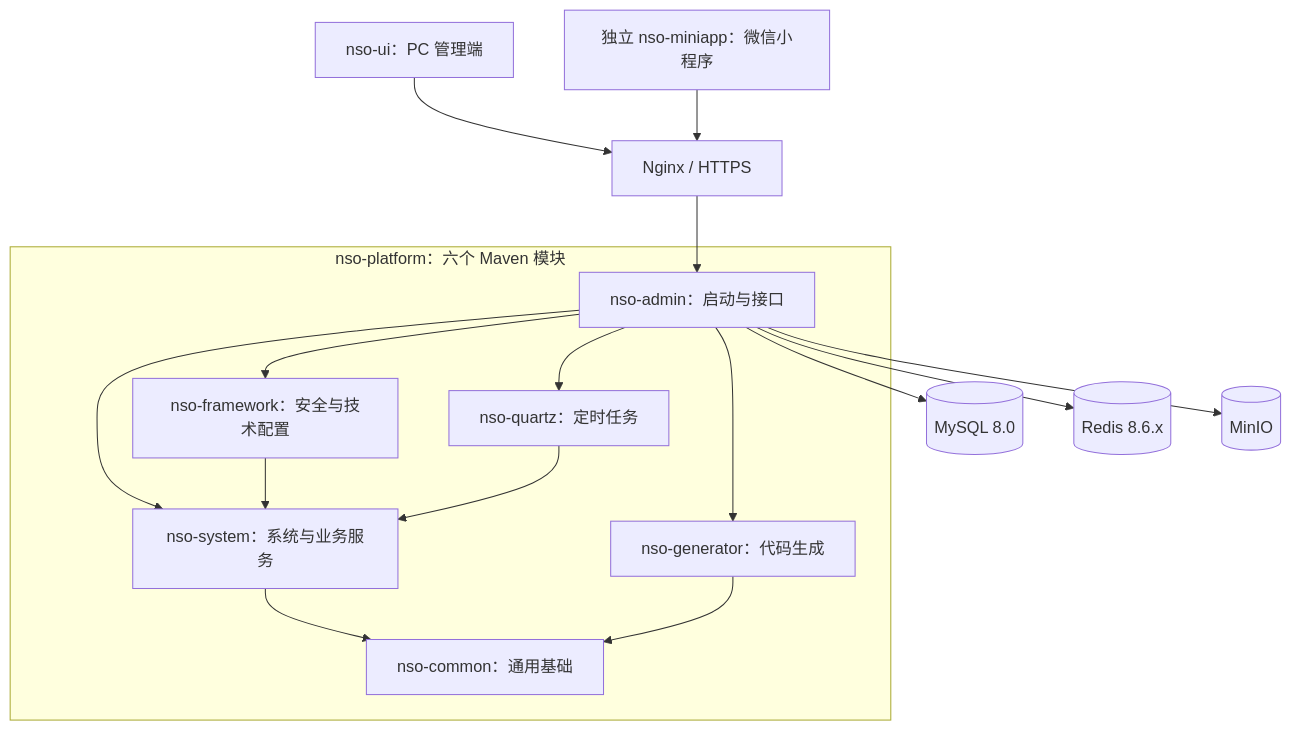
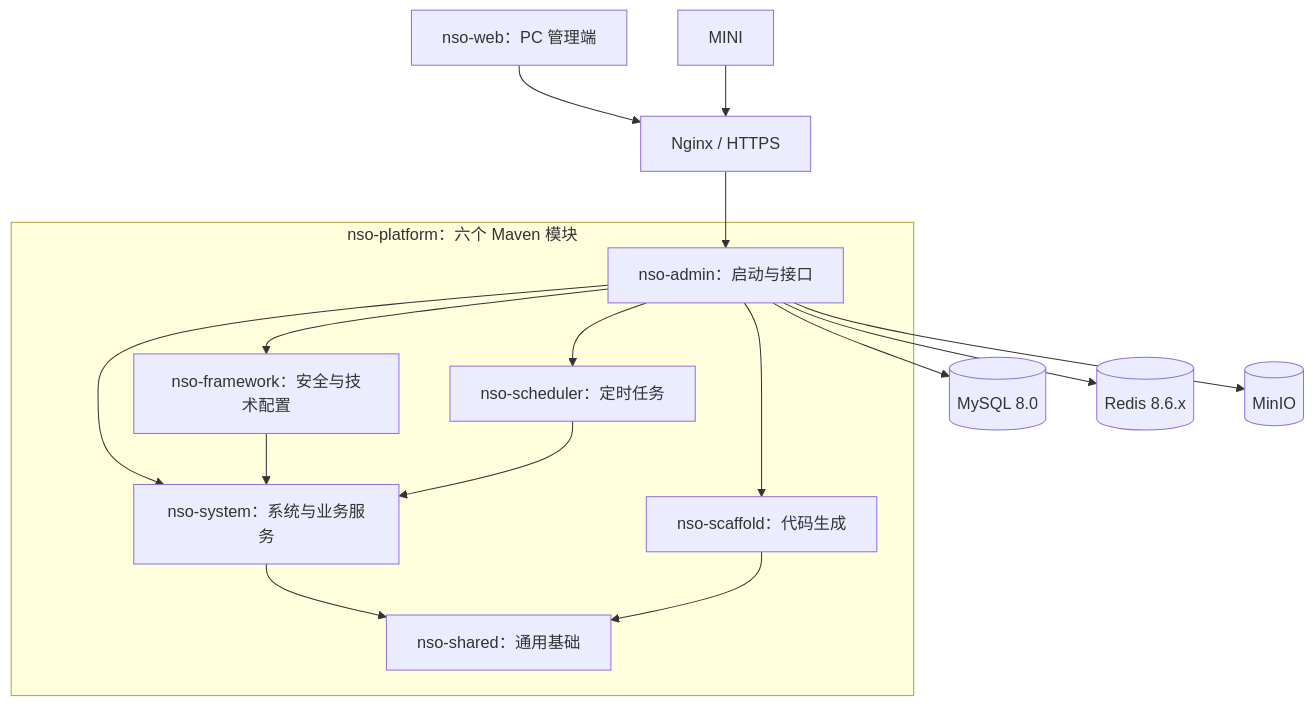
Before and after one commit to lly1688/nso-platform: the seventh of 7 diagrams in docs/development-plan/智慧非标订单打样与变更协同平台V1.0_需求规格说明书_V1.5_若依标准模块架构版.md, drawn with Mermaid. The commit also changed other lines of this file and 502 other files, not shown here.

````diff
--- a/docs/development-plan/智慧非标订单打样与变更协同平台V1.0_需求规格说明书_V1.5_若依标准模块架构版.md
+++ b/docs/development-plan/智慧非标订单打样与变更协同平台V1.0_需求规格说明书_V1.5_若依标准模块架构版.md
@@ -1368,35 +1319,34 @@
 ```mermaid
 flowchart TB
-    UI["nso-ui：PC 管理端"]
-    MINI["独立 nso-miniapp：微信小程序"]
+    UI["nso-web：PC 管理端"]
     NGINX["Nginx / HTTPS"]
 
     subgraph BACKEND["nso-platform：六个 Maven 模块"]
         ADMIN["nso-admin：启动与接口"]
         FRAMEWORK["nso-framework：安全与技术配置"]
         SYSTEM["nso-system：系统与业务服务"]
-        QUARTZ["nso-quartz：定时任务"]
-        GENERATOR["nso-generator：代码生成"]
-        COMMON["nso-common：通用基础"]
+        QUARTZ["nso-scheduler：定时任务"]
+        GENERATOR["nso-scaffold：代码生成"]
+        COMMON["nso-shared：通用基础"]
 
         ADMIN --> FRAMEWORK
         ADMIN --> SYSTEM
         ADMIN --> QUARTZ
         ADMIN --> GENERATOR
         FRAMEWORK --> SYSTEM
         SYSTEM --> COMMON
         QUARTZ --> SYSTEM
         GENERATOR --> COMMON
     end
 
     MYSQL[("MySQL 8.0")]
     REDIS[("Redis 8.6.x")]
     MINIO[("MinIO")]
 
     UI --> NGINX
     MINI --> NGINX
     NGINX --> ADMIN
     ADMIN --> MYSQL
     ADMIN --> REDIS
     ADMIN --> MINIO
 ```
````
